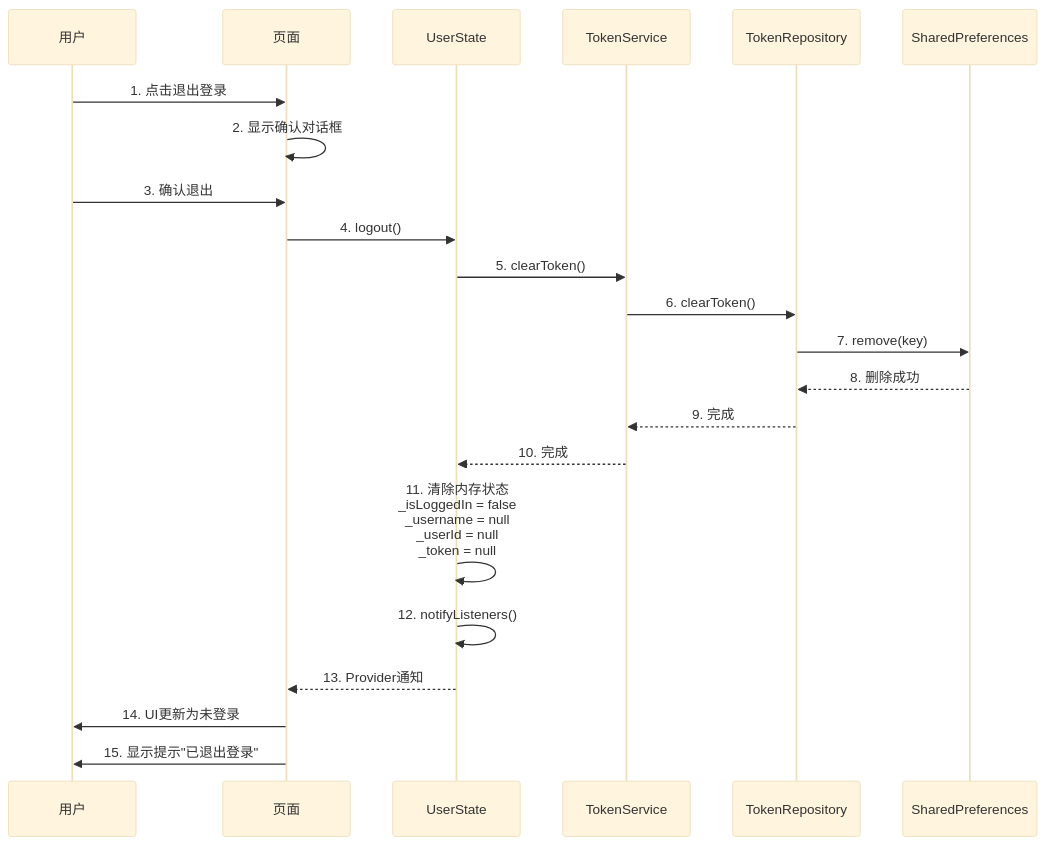
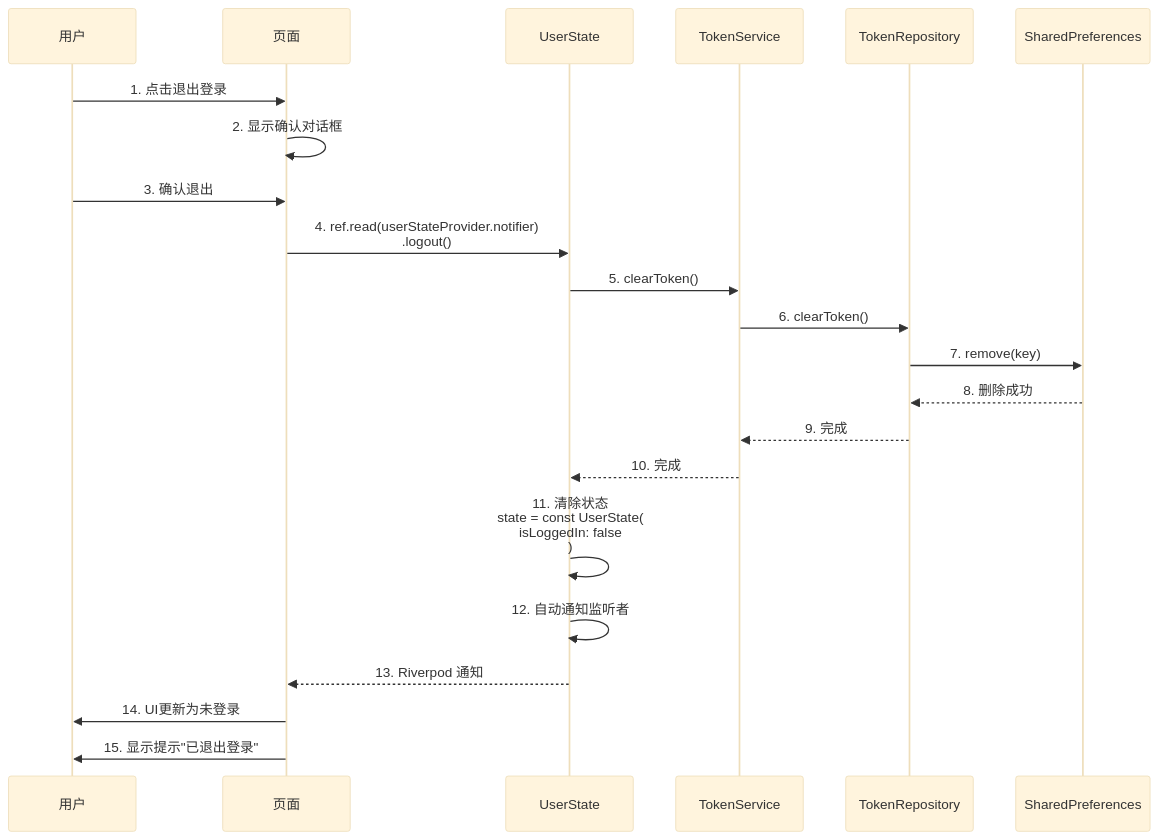
Before and after one commit to jianguofan/flutter_zero_copy: the fourth of 12 diagrams in docs/AUTH_STATE_MERMAID_DIAGRAM.md, drawn with Mermaid (base theme). The commit also changed other lines of this file, not shown here.

First line of the commit message:
docs: 更新 AUTH_STATE_MERMAID_DIAGRAM.md 使用 Riverpod 术语

````diff
--- a/docs/AUTH_STATE_MERMAID_DIAGRAM.md
+++ b/docs/AUTH_STATE_MERMAID_DIAGRAM.md
@@ -150,30 +152,30 @@
 ```mermaid
 sequenceDiagram
     participant User as 用户
     participant Page as 页面
     participant State as UserState
     participant Service as TokenService
     participant Repo as TokenRepository
     participant Storage as SharedPreferences
     
     User->>Page: 1. 点击退出登录
     Page->>Page: 2. 显示确认对话框
     User->>Page: 3. 确认退出
     
-    Page->>State: 4. logout()
+    Page->>State: 4. ref.read(userStateProvider.notifier)<br/>.logout()
     
     State->>Service: 5. clearToken()
     Service->>Repo: 6. clearToken()
     Repo->>Storage: 7. remove(key)
     Storage-->>Repo: 8. 删除成功
     Repo-->>Service: 9. 完成
     Service-->>State: 10. 完成
     
-    State->>State: 11. 清除内存状态<br/>_isLoggedIn = false<br/>_username = null<br/>_userId = null<br/>_token = null
+    State->>State: 11. 清除状态<br/>state = const UserState(<br/>  isLoggedIn: false<br/>)
     
-    State->>State: 12. notifyListeners()
-    State-->>Page: 13. Provider通知
+    State->>State: 12. 自动通知监听者
+    State-->>Page: 13. Riverpod 通知
     
     Page->>User: 14. UI更新为未登录
     Page->>User: 15. 显示提示"已退出登录"
 ```
````
